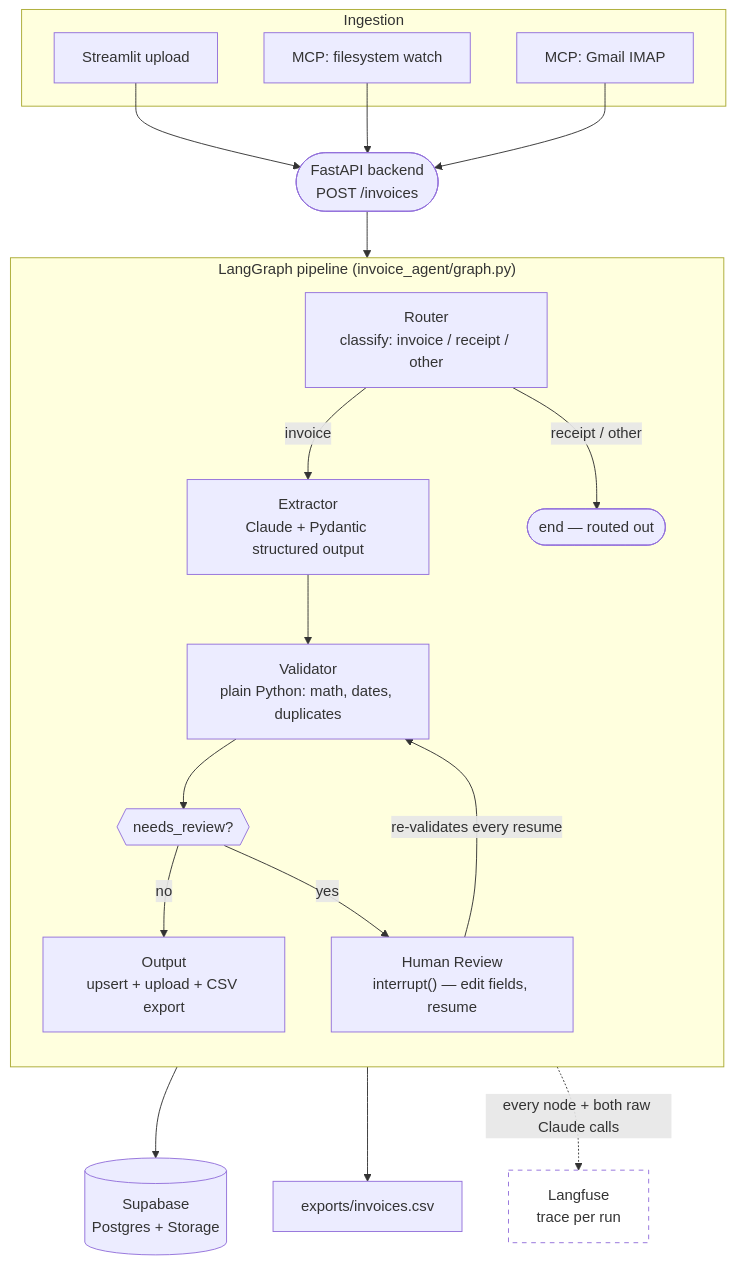
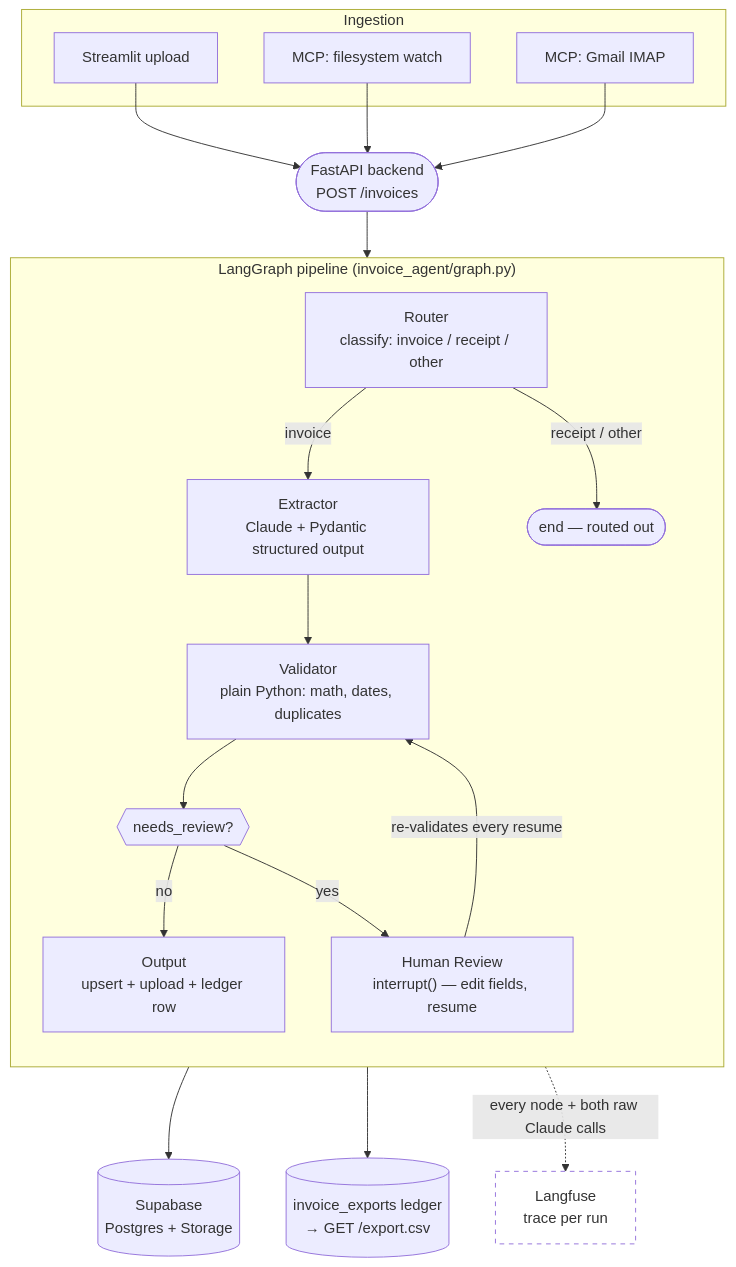
One commit to HumdaanSyed/Multi-Agent-Invoice-Processor changed the diagram in README.md. Above: the diagram before and after it, drawn with Mermaid. The commit also changed other lines of this file and 16 other files, not shown here.

First line of the commit message:
Phase 8.6: Export ledger (#12)

````diff
--- a/README.md
+++ b/README.md
@@ -27,39 +27,39 @@
 ```mermaid
 flowchart TD
     subgraph Ingestion
         A1["Streamlit upload"]
         A2["MCP: filesystem watch"]
         A3["MCP: Gmail IMAP"]
     end
 
     A1 --> B
     A2 --> B
     A3 --> B
 
     B(["FastAPI backend<br/>POST /invoices"]) --> C
 
     subgraph Pipeline["LangGraph pipeline (invoice_agent/graph.py)"]
         direction TB
         C["Router<br/>classify: invoice / receipt / other"]
         D["Extractor<br/>Claude + Pydantic structured output"]
         E["Validator<br/>plain Python: math, dates, duplicates"]
         F{{"needs_review?"}}
         G["Human Review<br/>interrupt() — edit fields, resume"]
-        H["Output<br/>upsert + upload + CSV export"]
+        H["Output<br/>upsert + upload + ledger row"]
 
         C -- "invoice" --> D
         C -- "receipt / other" --> END1(["end — routed out"])
         D --> E
         E --> F
         F -- "no" --> H
         F -- "yes" --> G
         G -- "re-validates every resume" --> E
     end
 
     H --> I[("Supabase<br/>Postgres + Storage")]
-    H --> J["exports/invoices.csv"]
+    H --> J[("invoice_exports ledger<br/>→ GET /export.csv")]
 
     Pipeline -.->|"every node + both raw Claude calls"| K["Langfuse<br/>trace per run"]
 
     style K fill:#00000000,stroke-dasharray: 5 5
 ```
````
